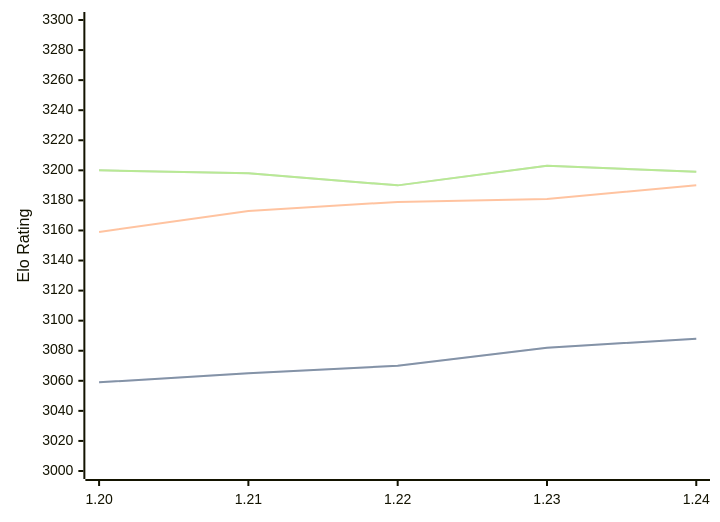
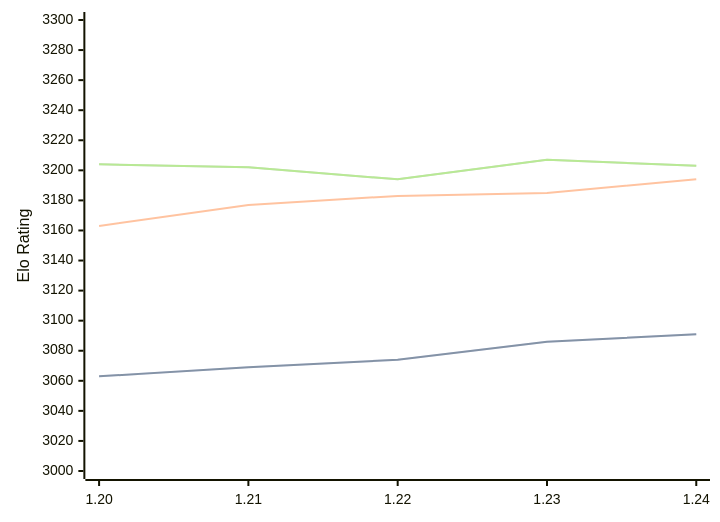
One commit to computer-chess-index/cci changed the diagram in engines/Caissa.md. Above: the diagram before and after it, drawn with Mermaid. The commit also changed other lines of this file, not shown here.

Commit message:
Update CCI Ratings (ELO VLTC) - 2026-02-24

````diff
--- a/engines/Caissa.md
+++ b/engines/Caissa.md
@@ -61,11 +61,11 @@
 ```mermaid
 %%{init: {"theme":"base","themeVariables":{"seriesColors:['#a3a3a3','#222221','#faa371']}}}%%
 xychart-beta
   x-axis ["1.20", "1.21", "1.22", "1.23", "1.24"]
   y-axis "Elo Rating" 3000 --> 3300
-  line "STC (8.0+0.08s)" [3059, 3065, 3070, 3082, 3088]
-  line "STC (8.0+0.08s)" [3059, 3065, 3070, 3082, 3088]
-  line "LTC (60.0+0.60s)" [3159, 3173, 3179, 3181, 3190]
-  line "VLTC (2m24s+1.12s)" [3200, 3198, 3190, 3203, 3199]
-  line "VLTC (2m24s+1.12s)" [3200, 3198, 3190, 3203, 3199]
+  line "STC (8.0+0.08s)" [3063, 3069, 3074, 3086, 3091]
+  line "STC (8.0+0.08s)" [3063, 3069, 3074, 3086, 3091]
+  line "LTC (60.0+0.60s)" [3163, 3177, 3183, 3185, 3194]
+  line "VLTC (2m24s+1.12s)" [3204, 3202, 3194, 3207, 3203]
+  line "VLTC (2m24s+1.12s)" [3204, 3202, 3194, 3207, 3203]
 ```
````
